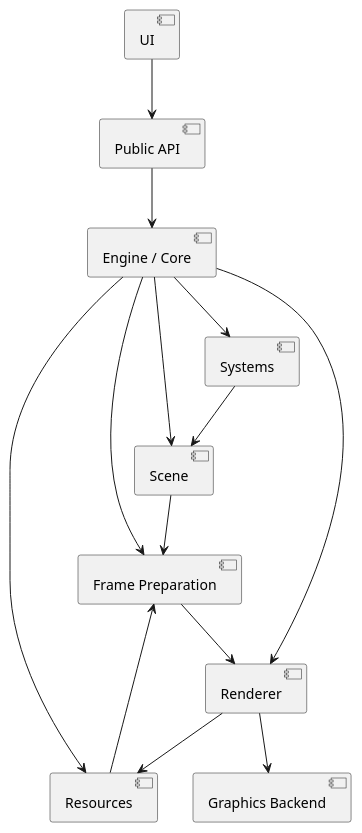
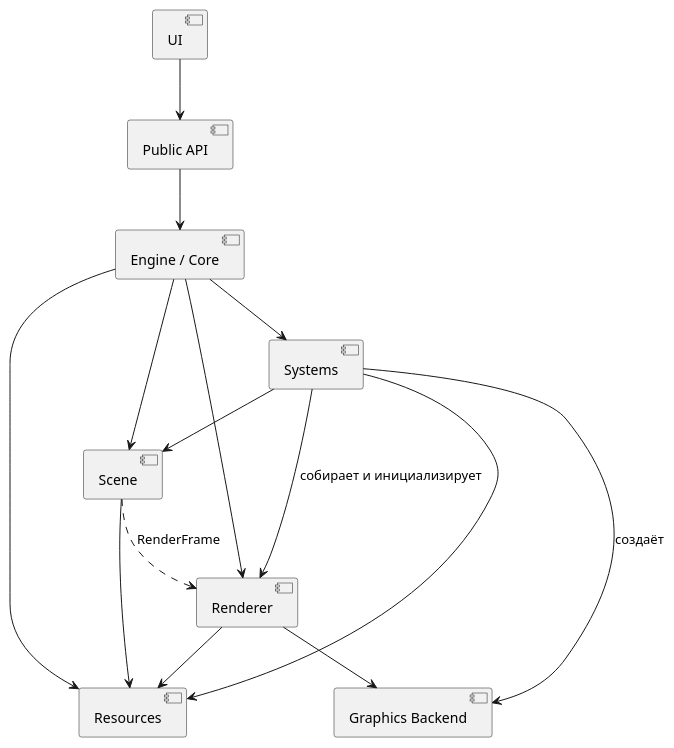
Before and after one commit to BFGEG/BFGE: the fifth of 5 diagrams in docs/FREAK_Engine_Architecture.md, drawn with PlantUML. The commit also changed other lines of this file and 2 other files, not shown here.

````diff
--- a/docs/FREAK_Engine_Architecture.md
+++ b/docs/FREAK_Engine_Architecture.md
@@ -1269,39 +1173,37 @@
 ```plantuml
 @startuml
 
 component UI
 
 component "Public API" as API
 component "Engine / Core" as Core
 
 component "Scene" as Scene
 component "Systems" as Systems
 component "Resources" as Resources
 
-component "Frame Preparation" as Frame
-
 component "Renderer" as Renderer
 component "Graphics Backend" as Backend
 
 UI --> API
 
 API --> Core
 
 Core --> Scene
 Core --> Systems
 Core --> Resources
+Core --> Renderer
 
 Systems --> Scene
+Systems --> Resources
+Systems --> Renderer : собирает и инициализирует
+Systems --> Backend : создаёт
 
-Core --> Frame
-Scene --> Frame
-Resources --> Frame
-
-Core --> Renderer
-Frame --> Renderer
+Scene --> Resources
+Scene ..> Renderer : RenderFrame
 
 Renderer --> Resources
 Renderer --> Backend
 
 @enduml
 ```
````
